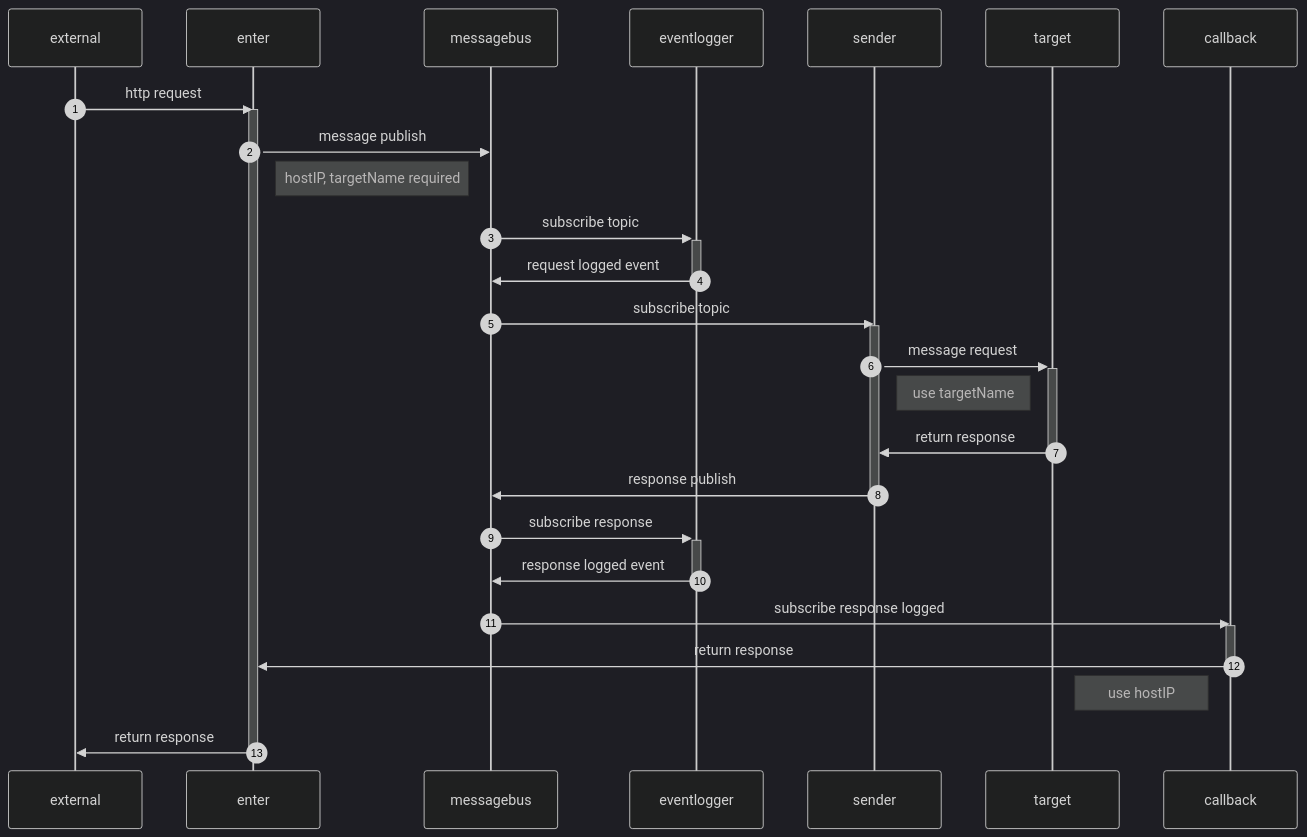
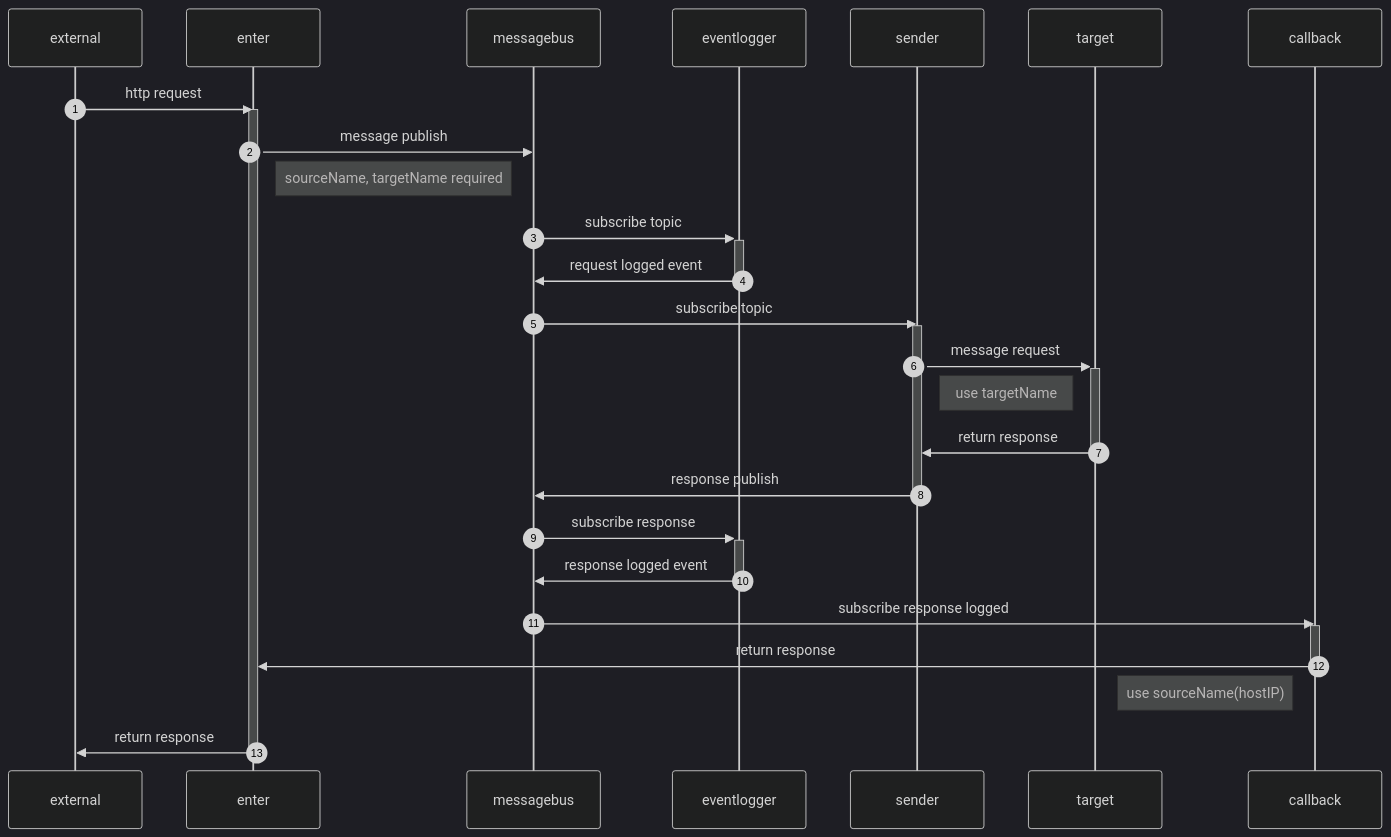
Before and after one commit to kineung-us/nydus: the diagram in README.md, drawn with Mermaid (dark theme). The commit also changed other lines of this file and 18 other files, not shown here.

````diff
--- a/README.md
+++ b/README.md
@@ -39,26 +39,26 @@
 ```mermaid
 sequenceDiagram
   autonumber
   external ->> enter: http request
   activate enter
   enter ->> messagebus: message publish
-  Note right of enter: hostIP, targetName required
+  Note right of enter: sourceName, targetName required
   messagebus ->>+ eventlogger: subscribe topic
   eventlogger ->>- messagebus: request logged event
   messagebus ->> sender: subscribe topic
   activate sender
   sender ->>+ target: message request
   Note right of sender: use targetName
   target ->>- sender: return response
   sender ->> messagebus: response publish
   deactivate sender
   messagebus ->>+ eventlogger: subscribe response
   eventlogger ->>- messagebus: response logged event
   messagebus ->> callback: subscribe response logged
   activate callback
   callback ->> enter: return response
   deactivate callback
-  Note left of callback: use hostIP
+  Note left of callback: use sourceName(hostIP)
   enter ->> external: return response
   deactivate enter
 ```
````
